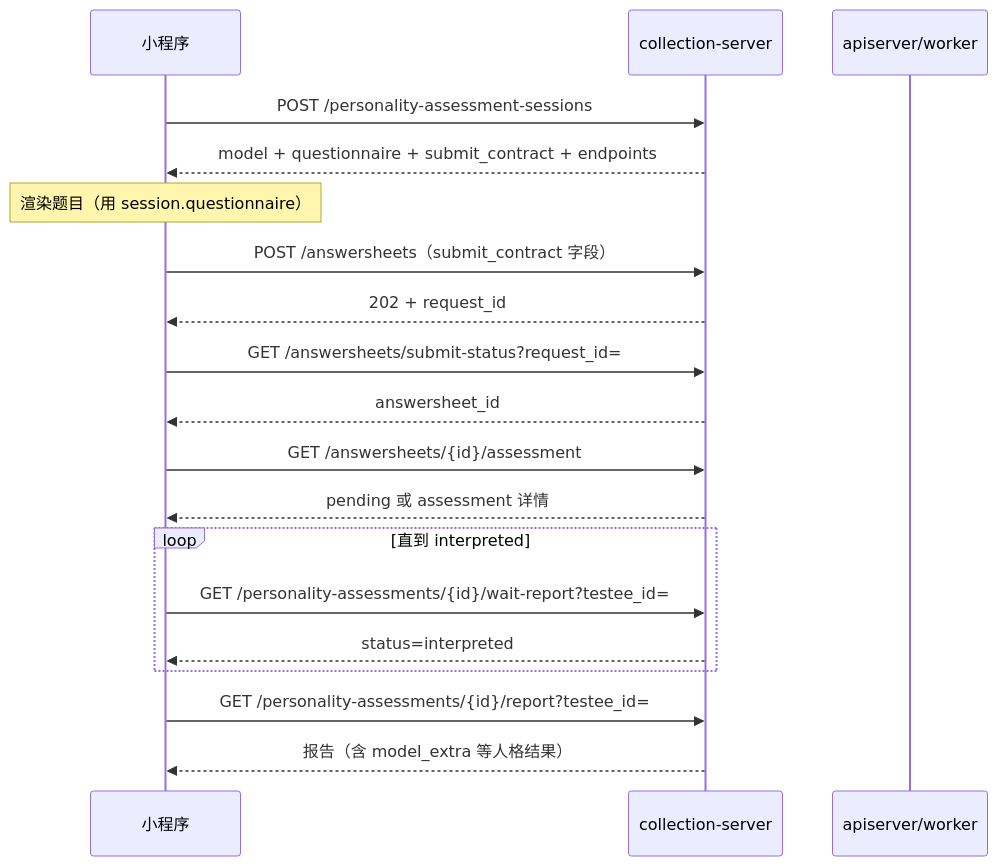
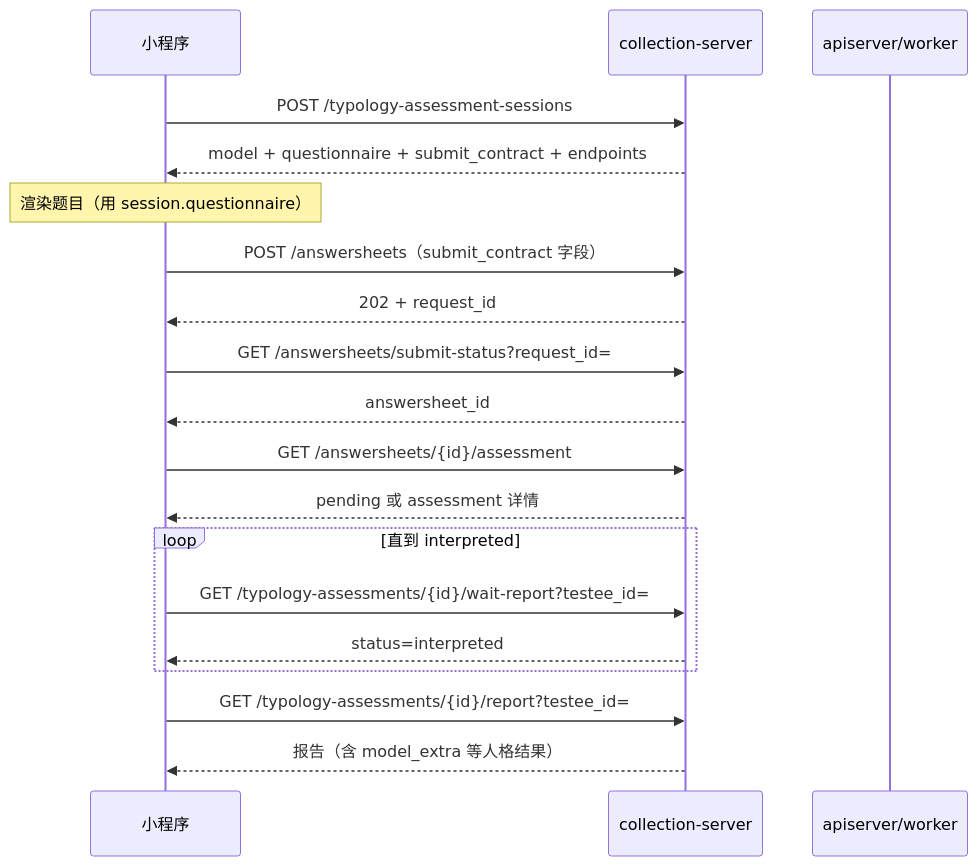
One commit to FangcunMount/qs-server changed the diagram in docs/04-接口与运维/03-小程序人格测评接入.md. Above: the diagram before and after it, drawn with Mermaid. The commit also changed other lines of this file and 94 other files, not shown here.

````diff
--- a/docs/04-接口与运维/03-小程序人格测评接入.md
+++ b/docs/04-接口与运维/03-小程序人格测评接入.md
@@ -50,28 +52,28 @@
 ```mermaid
 sequenceDiagram
     participant MP as 小程序
     participant CS as collection-server
     participant AS as apiserver/worker
 
-    MP->>CS: POST /personality-assessment-sessions
+    MP->>CS: POST /typology-assessment-sessions
     CS-->>MP: model + questionnaire + submit_contract + endpoints
 
     Note over MP: 渲染题目（用 session.questionnaire）
 
     MP->>CS: POST /answersheets（submit_contract 字段）
     CS-->>MP: 202 + request_id
 
     MP->>CS: GET /answersheets/submit-status?request_id=
     CS-->>MP: answersheet_id
 
     MP->>CS: GET /answersheets/{id}/assessment
     CS-->>MP: pending 或 assessment 详情
 
     loop 直到 interpreted
-        MP->>CS: GET /personality-assessments/{id}/wait-report?testee_id=
+        MP->>CS: GET /typology-assessments/{id}/wait-report?testee_id=
         CS-->>MP: status=interpreted
     end
 
-    MP->>CS: GET /personality-assessments/{id}/report?testee_id=
+    MP->>CS: GET /typology-assessments/{id}/report?testee_id=
     CS-->>MP: 报告（含 model_extra 等人格结果）
 ```
````
